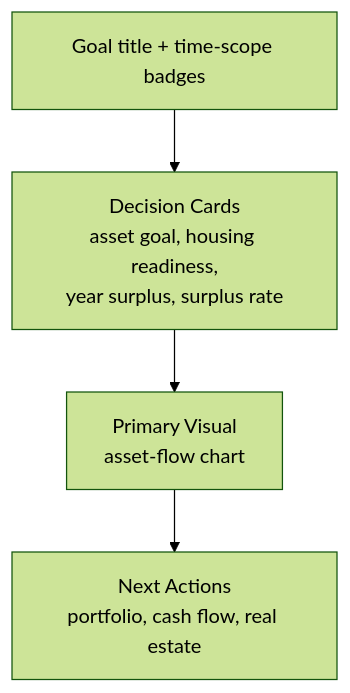
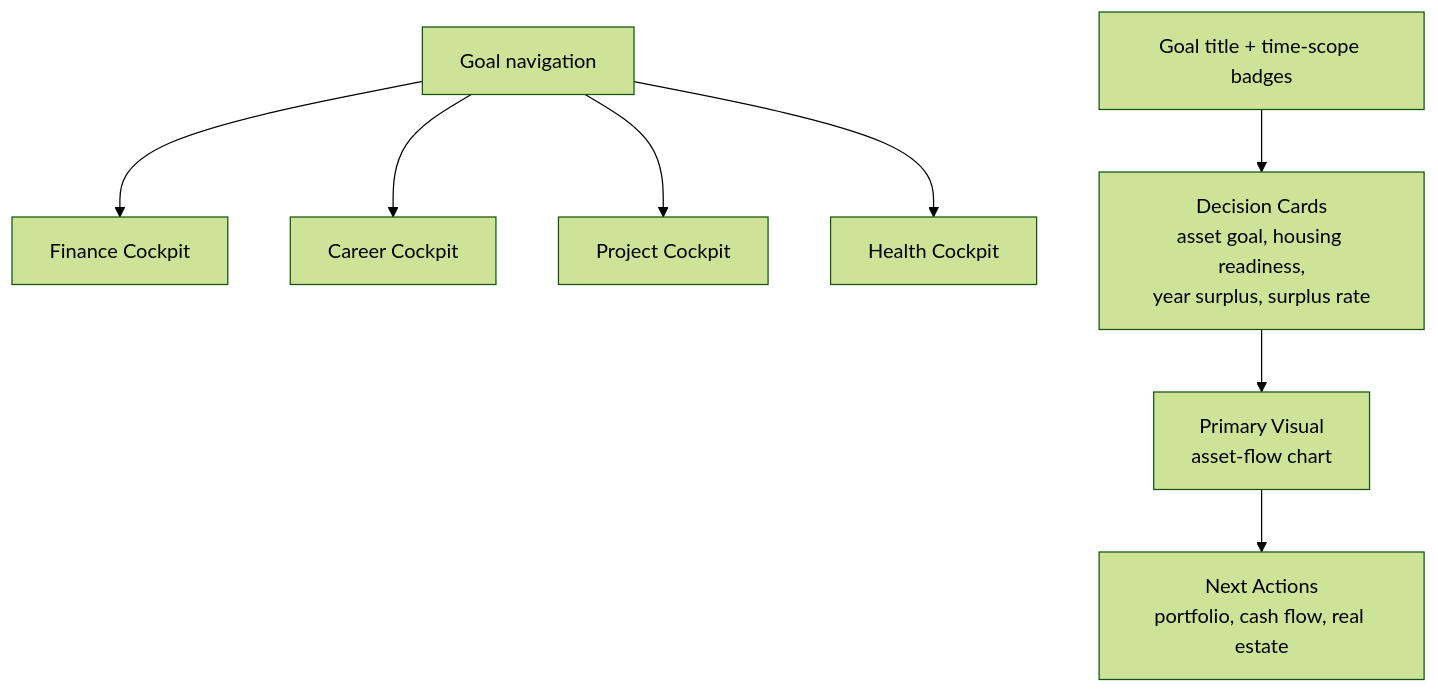
One commit to ksg0694-ops/NetVisualizer changed the fifth of 15 diagrams in docs/02-design/current-architecture-map.md. Above: the diagram before and after it, drawn with Mermaid (forest theme). The commit also changed other lines of this file and 2 other files, not shown here.

Commit message:
Add draft non-finance goal cockpits

````diff
--- a/docs/02-design/current-architecture-map.md
+++ b/docs/02-design/current-architecture-map.md
@@ -86,6 +86,11 @@
 ```mermaid
 flowchart TD
+    GoalNav["Goal navigation"] --> FinanceGoal["Finance Cockpit"]
+    GoalNav --> CareerGoal["Career Cockpit"]
+    GoalNav --> ProjectGoal["Project Cockpit"]
+    GoalNav --> HealthGoal["Health Cockpit"]
+
     Header["Goal title + time-scope badges"] --> DecisionCards["Decision Cards\nasset goal, housing readiness,\nyear surplus, surplus rate"]
     DecisionCards --> PrimaryVisual["Primary Visual\nasset-flow chart"]
     PrimaryVisual --> NextActions["Next Actions\nportfolio, cash flow, real estate"]
 ```
````
